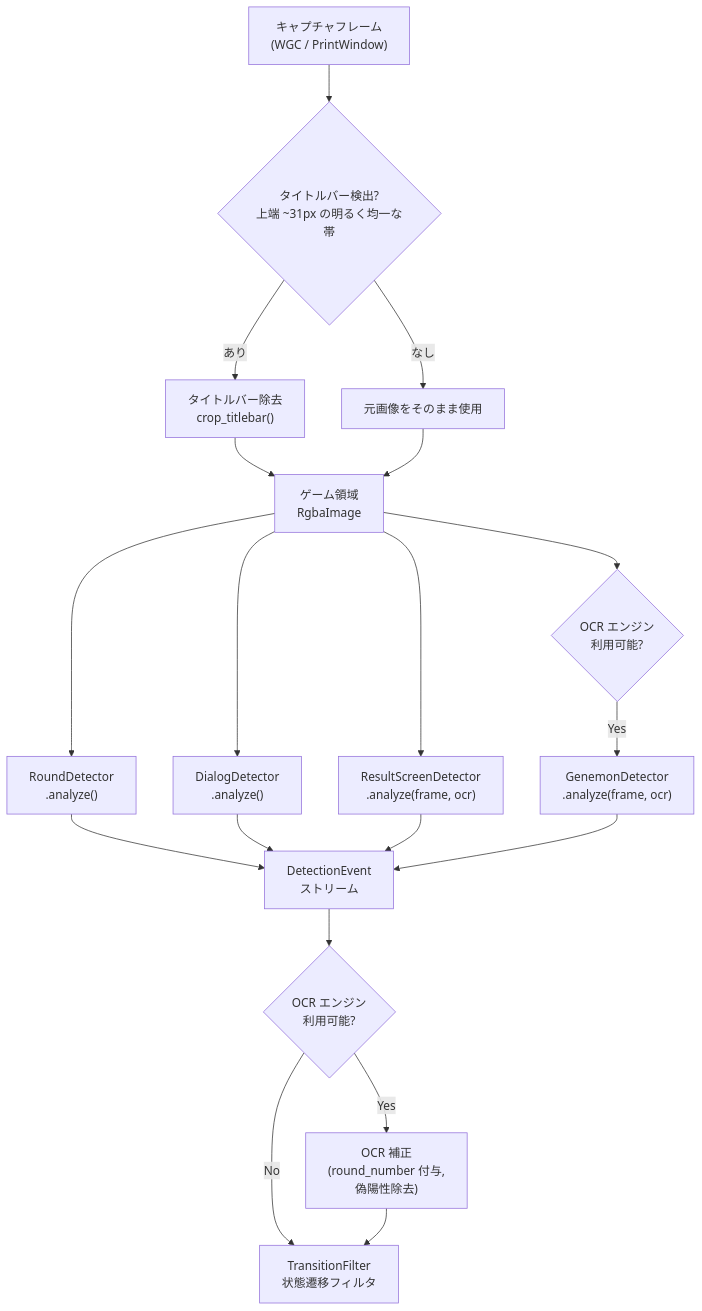
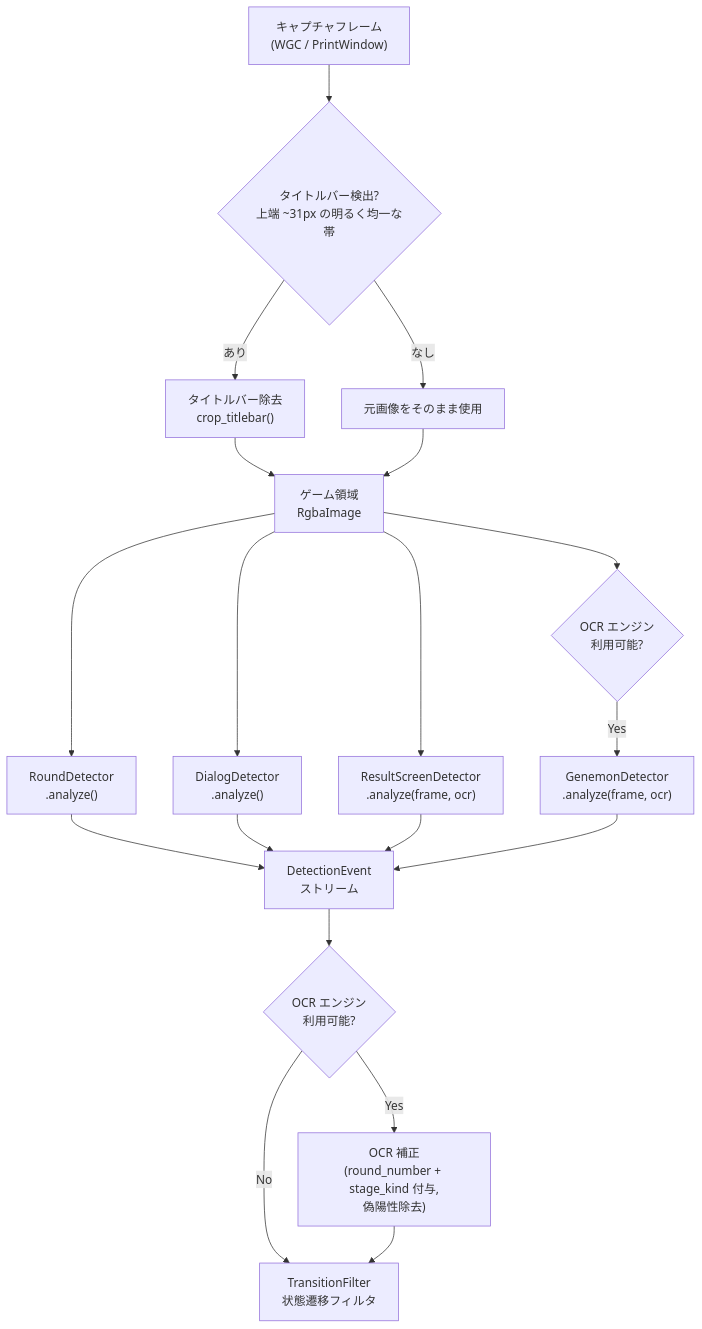
Before and after one commit to naa0yama/dna-assistant: the second of 4 diagrams in docs/specs/components/detection-overview.md, drawn with Mermaid. The commit also changed other lines of this file and 11 other files, not shown here.

First line of the commit message:
feat: add guard stage detection and per-stage round-trip thresholds (#236)

````diff
--- a/docs/specs/components/detection-overview.md
+++ b/docs/specs/components/detection-overview.md
@@ -65,22 +66,22 @@
 ```mermaid
 flowchart TD
     FRAME["キャプチャフレーム\n(WGC / PrintWindow)"]
     FRAME --> TB{"タイトルバー検出?\n上端 ~31px の明るく均一な帯"}
     TB -- あり --> CROP["タイトルバー除去\ncrop_titlebar()"]
     TB -- なし --> CLONE["元画像をそのまま使用"]
     CROP --> GAME["ゲーム領域\nRgbaImage"]
     CLONE --> GAME
     GAME --> ROUND["RoundDetector\n.analyze()"]
     GAME --> DIALOG["DialogDetector\n.analyze()"]
     GAME --> RESULT["ResultScreenDetector\n.analyze(frame, ocr)"]
     GAME --> OCR_CHECK{"OCR エンジン\n利用可能?"}
     OCR_CHECK -- Yes --> GENEMON["GenemonDetector\n.analyze(frame, ocr)"]
     ROUND --> EVENTS["DetectionEvent\nストリーム"]
     DIALOG --> EVENTS
     RESULT --> EVENTS
     GENEMON --> EVENTS
     EVENTS --> OCR{"OCR エンジン\n利用可能?"}
-    OCR -- Yes --> OCR_ENRICH["OCR 補正\n(round_number 付与,\n偽陽性除去)"]
+    OCR -- Yes --> OCR_ENRICH["OCR 補正\n(round_number + stage_kind 付与,\n偽陽性除去)"]
     OCR -- No --> TRANSITION["TransitionFilter\n状態遷移フィルタ"]
     OCR_ENRICH --> TRANSITION
 ```
````
